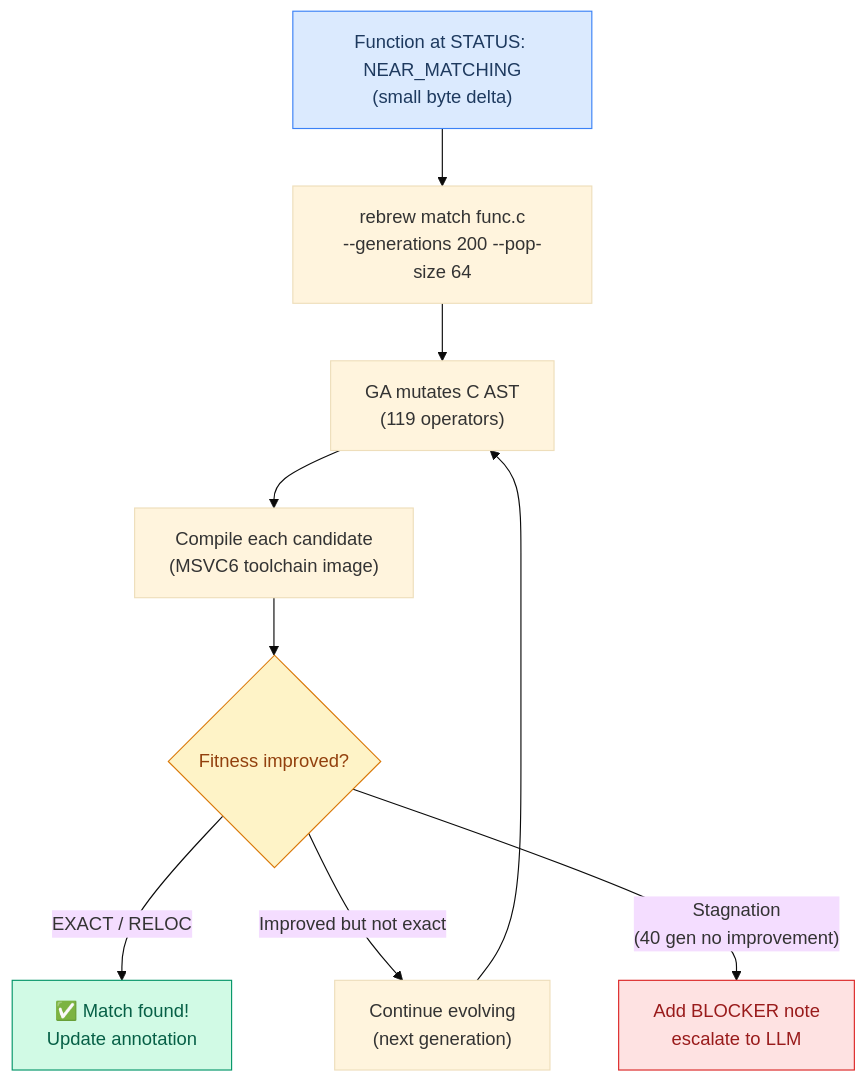
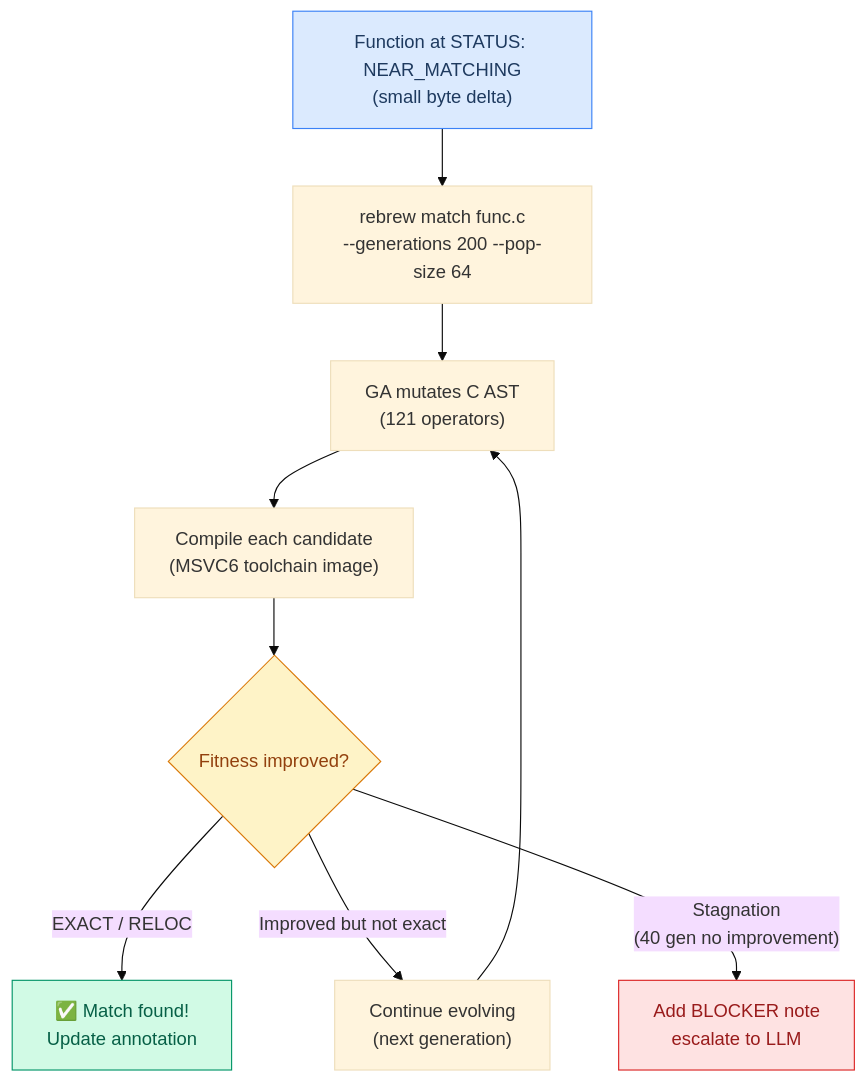
The fifth of 16 diagrams in docs/USER_STORIES.md (maci0/rebrew), drawn with Mermaid (base theme) before and after one commit. The commit also changed other lines of this file and 11 other files, not shown here.

First line of the commit message:
docs, skills, flowcharts synced to the CLI; globals.status persisted

````diff
--- a/docs/USER_STORIES.md
+++ b/docs/USER_STORIES.md
@@ -153,16 +154,16 @@
 ```mermaid
 graph TD
     A["Function at STATUS: NEAR_MATCHING<br/>(small byte delta)"] --> B["rebrew match func.c<br/>--generations 200 --pop-size 64"]
-    B --> C["GA mutates C AST<br/>(119 operators)"]
+    B --> C["GA mutates C AST<br/>(121 operators)"]
     C --> D["Compile each candidate<br/>(MSVC6 toolchain image)"]
     D --> E{"Fitness improved?"}
     E -->|"EXACT / RELOC"| F["✅ Match found!<br/>Update annotation"]
     E -->|"Improved but not exact"| G["Continue evolving<br/>(next generation)"]
     E -->|"Stagnation<br/>(40 gen no improvement)"| H["Add BLOCKER note<br/>escalate to LLM"]
     G --> C
 
     style A fill:#dbeafe,stroke:#3b82f6,color:#1e3a5f
     style F fill:#d1fae5,stroke:#059669,color:#065f46
     style H fill:#fee2e2,stroke:#dc2626,color:#991b1b
     style E fill:#fef3c7,stroke:#d97706,color:#92400e
 ```
````
